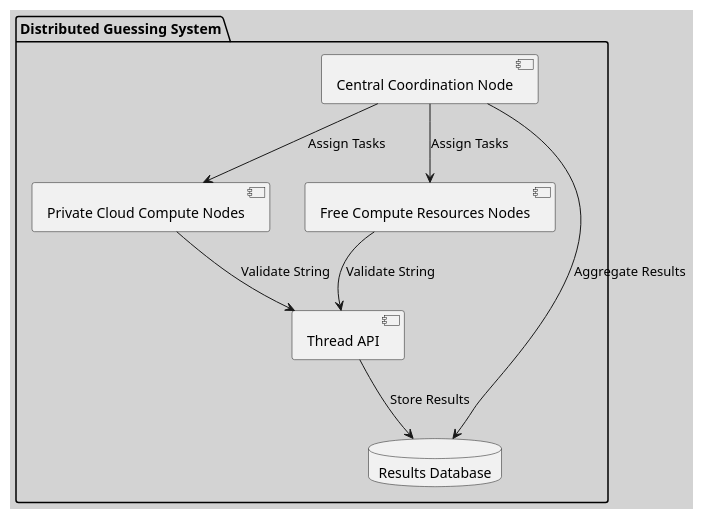
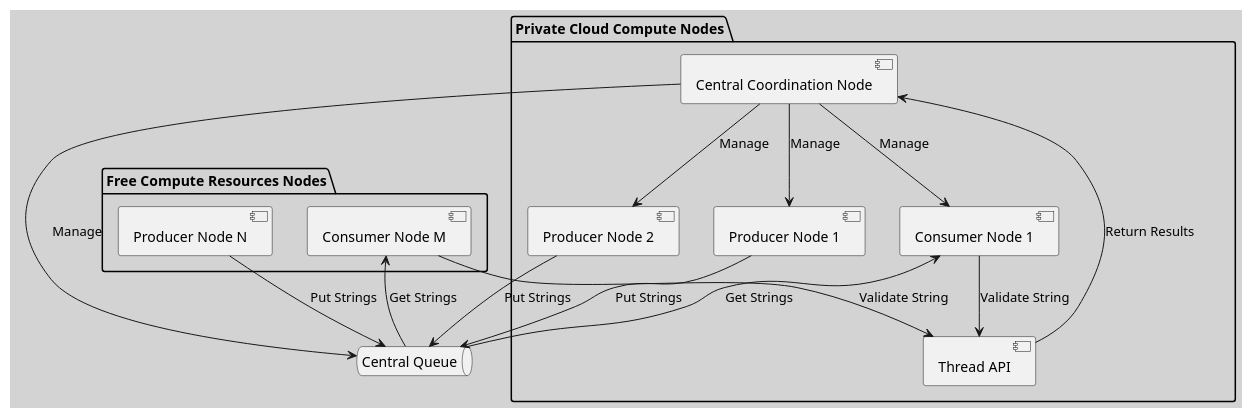
The diagram in interview_questions/distributed_string_guesser_architecture.puml (huangyingw/system_design), drawn with PlantUML before and after one commit.

```diff
--- a/interview_questions/distributed_string_guesser_architecture.puml
+++ b/interview_questions/distributed_string_guesser_architecture.puml
@@ -1,19 +1,36 @@
 @startuml
 skinparam backgroundColor #D3D3D3
 
-package "Distributed Guessing System" {
+package "Private Cloud Compute Nodes" {
     [Central Coordination Node] as Coordinator
-    [Private Cloud Compute Nodes] as PrivateCloud
-    [Free Compute Resources Nodes] as FreeCompute
+    [Producer Node 1] as PrivateProducer1
+    [Producer Node 2] as PrivateProducer2
+    [Consumer Node 1] as PrivateConsumer1
     [Thread API] as API
-    database "Results Database" as ResultsDB
 }
 
-Coordinator --> PrivateCloud : Assign Tasks
-Coordinator --> FreeCompute : Assign Tasks
-PrivateCloud --> API : Validate String
-FreeCompute --> API : Validate String
-API --> ResultsDB : Store Results
-Coordinator --> ResultsDB : Aggregate Results
+package "Free Compute Resources Nodes" {
+    [Producer Node N] as FreeProducerN
+    [Consumer Node M] as FreeConsumerM
+}
+    
+queue "Central Queue" as Queue
+    
+Coordinator --> PrivateProducer1 : Manage
+Coordinator --> PrivateProducer2 : Manage
+Coordinator --> PrivateConsumer1 : Manage
+Coordinator --> Queue : Manage
+    
+PrivateProducer1 --> Queue : Put Strings
+PrivateProducer2 --> Queue : Put Strings
+FreeProducerN --> Queue : Put Strings
+
+Queue --> PrivateConsumer1 : Get Strings
+Queue --> FreeConsumerM : Get Strings
+
+PrivateConsumer1 --> API : Validate String
+FreeConsumerM --> API : Validate String
+
+API --> Coordinator : Return Results
 
 @enduml
```
